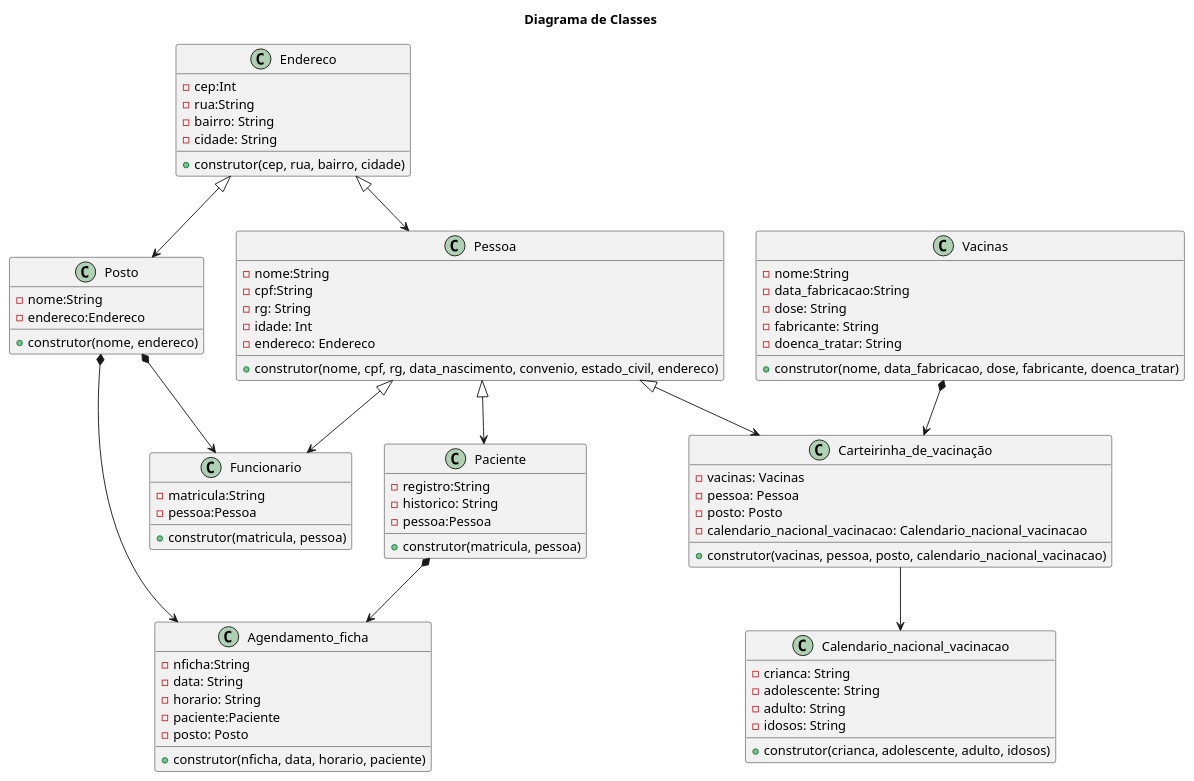
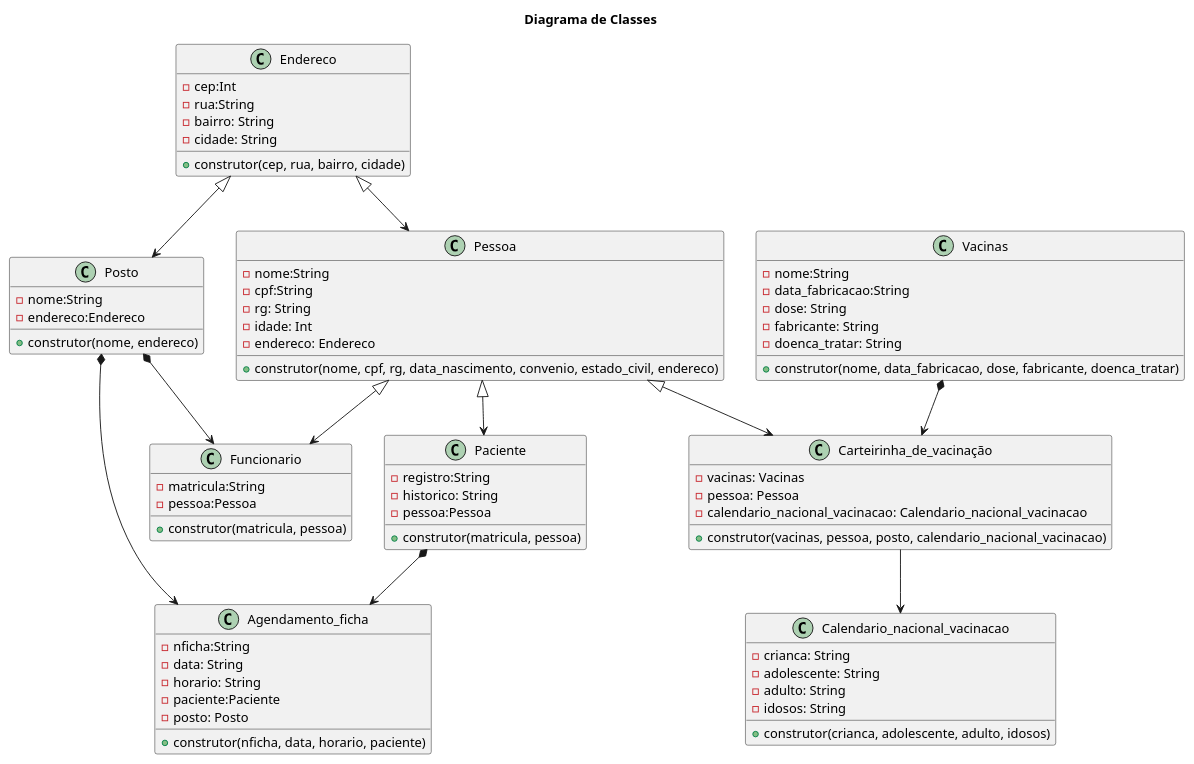
One commit to anleaes/2022-1-N2-POO-04 changed the diagram in @startuml herenca composicao.plantUML. Above: the diagram before and after it, drawn with PlantUML. The commit also changed 1 other file, not shown here.

Commit message:
mudança da carteirinha no diagrama e ajuste na classe Calendario_nacional_vacinacao

```diff
--- a/@startuml herenca composicao.plantUML
+++ b/@startuml herenca composicao.plantUML
@@ -1,92 +1,91 @@
 @startuml herenca composicao
 
 title Diagrama de Classes
 
 class Carteirinha_de_vacinação{
     - vacinas: Vacinas
     - pessoa: Pessoa
-    - posto: Posto
     - calendario_nacional_vacinacao: Calendario_nacional_vacinacao
     + construtor(vacinas, pessoa, posto, calendario_nacional_vacinacao)
 } 
  
 
 class Posto{
     - nome:String
     - endereco:Endereco
     + construtor(nome, endereco)
 
 }
 
 class Calendario_nacional_vacinacao{
     - crianca: String
     - adolescente: String
     - adulto: String
     - idosos: String
     + construtor(crianca, adolescente, adulto, idosos)
 } 
 
 
 
 class Endereco{
     - cep:Int
     - rua:String
     - bairro: String
     - cidade: String
     + construtor(cep, rua, bairro, cidade)
 }
 
 class Pessoa{
     - nome:String
     - cpf:String
     - rg: String
     - idade: Int
     - endereco: Endereco
     + construtor(nome, cpf, rg, data_nascimento, convenio, estado_civil, endereco)
 }
 class Vacinas{
     - nome:String
     - data_fabricacao:String
     - dose: String
     - fabricante: String
     - doenca_tratar: String
     + construtor(nome, data_fabricacao, dose, fabricante, doenca_tratar)
 }
 
 class Funcionario{
     - matricula:String
     - pessoa:Pessoa
     + construtor(matricula, pessoa)
 
 }
 
 class Paciente{
     - registro:String
     - historico: String
     - pessoa:Pessoa
     + construtor(matricula, pessoa)
     }
 
 class Agendamento_ficha{
     - nficha:String
     - data: String
     - horario: String
     - paciente:Paciente
     - posto: Posto
     + construtor(nficha, data, horario, paciente)
     }
 
 Pessoa <|--> Paciente
 Pessoa <|--> Funcionario
 Endereco <|--> Pessoa
 Endereco <|--> Posto
 Carteirinha_de_vacinação --> Calendario_nacional_vacinacao
 Pessoa <|--> Carteirinha_de_vacinação 
 
 Posto *--> Funcionario
 Posto *--> Agendamento_ficha
 Vacinas *--> Carteirinha_de_vacinação
 Paciente *--> Agendamento_ficha
 
 
 @enduml 
```
